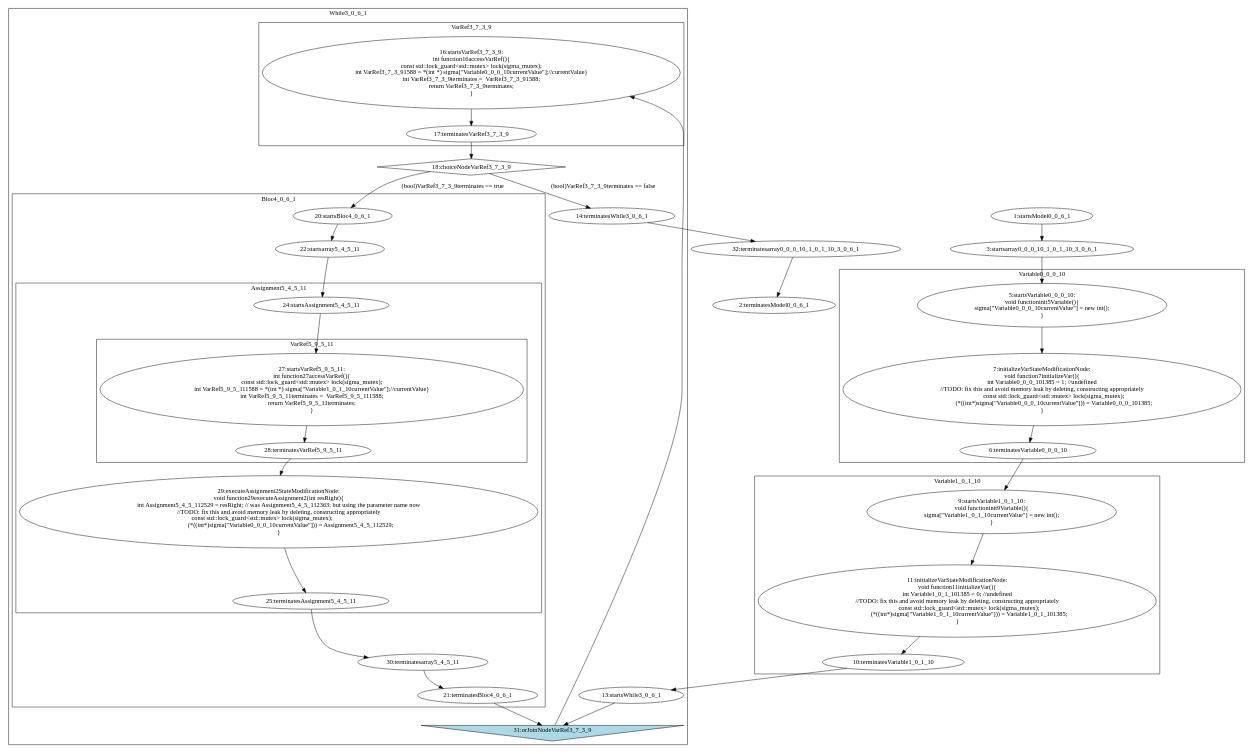
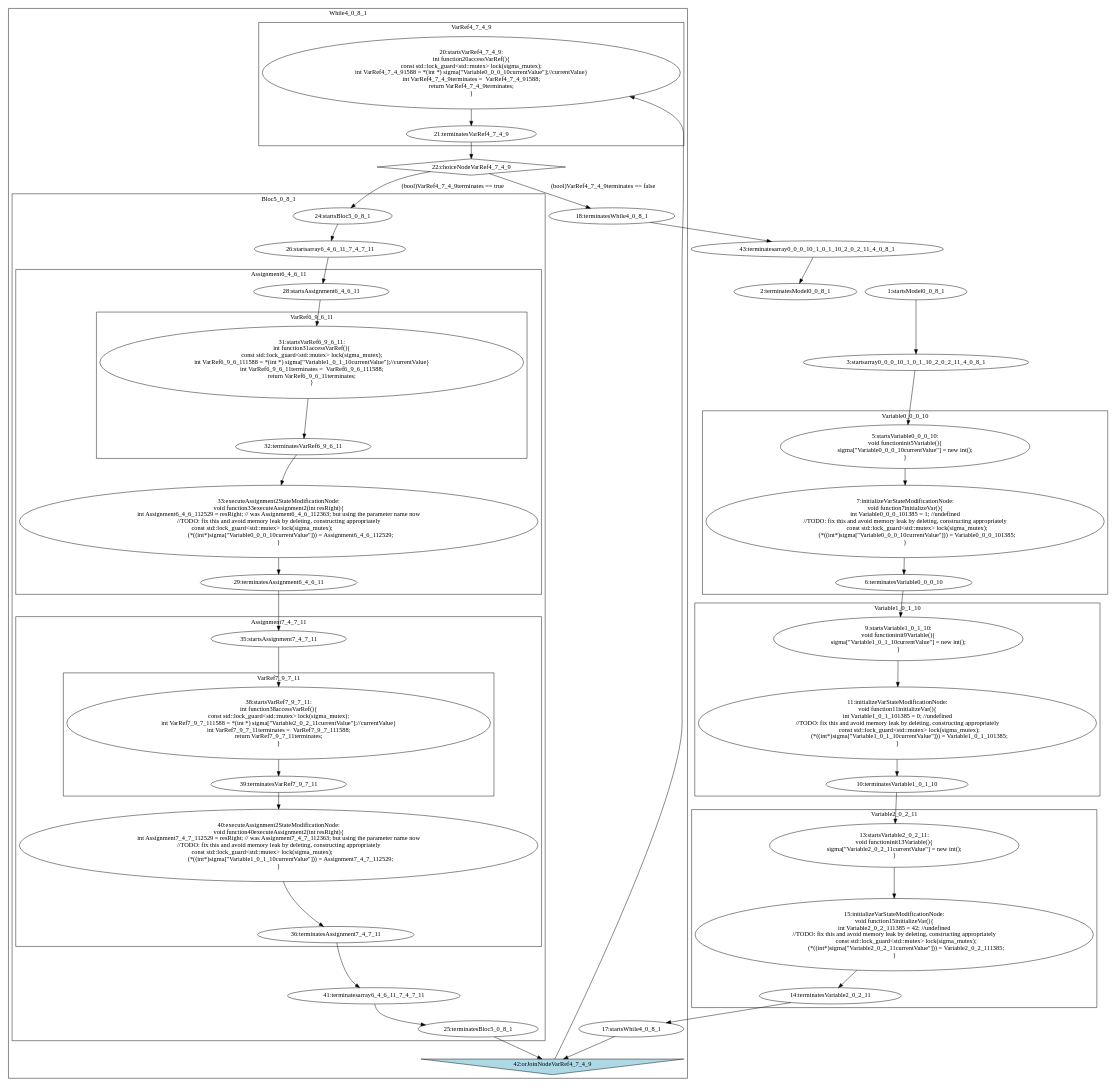
The diagram in temp/generated/testWhile.dot (jdeantoni/TCOS.lang), drawn with Graphviz before and after one commit. The commit also changed 10 other files, not shown here.

```diff
--- a/temp/generated/testWhile.dot
+++ b/temp/generated/testWhile.dot
@@ -1,109 +1,155 @@
 digraph G {
 subgraph cluster_4 {
 label = "Variable0_0_0_10";
   "5" [label="5:startsVariable0_0_0_10:
 void functioninit5Variable(){
 sigma[\"Variable0_0_0_10currentValue\"] = new int();
 }" shape="ellipse" ];
   "6" [label="6:terminatesVariable0_0_0_10" shape="ellipse" ];
   "7" [label="7:initializeVarStateModificationNode:
 void function7initializeVar(){
 int Variable0_0_0_101385 = 1; //undefined
 //TODO: fix this and avoid memory leak by deleting, constructing appropriately
                 const std::lock_guard<std::mutex> lock(sigma_mutex);
                 (*((int*)sigma[\"Variable0_0_0_10currentValue\"])) = Variable0_0_0_101385;
 }" shape="ellipse" ];
 }
 subgraph cluster_8 {
 label = "Variable1_0_1_10";
   "9" [label="9:startsVariable1_0_1_10:
 void functioninit9Variable(){
 sigma[\"Variable1_0_1_10currentValue\"] = new int();
 }" shape="ellipse" ];
   "10" [label="10:terminatesVariable1_0_1_10" shape="ellipse" ];
   "11" [label="11:initializeVarStateModificationNode:
 void function11initializeVar(){
 int Variable1_0_1_101385 = 0; //undefined
 //TODO: fix this and avoid memory leak by deleting, constructing appropriately
                 const std::lock_guard<std::mutex> lock(sigma_mutex);
                 (*((int*)sigma[\"Variable1_0_1_10currentValue\"])) = Variable1_0_1_101385;
 }" shape="ellipse" ];
 }
 subgraph cluster_12 {
-label = "While3_0_6_1";
-  "13" [label="13:startsWhile3_0_6_1" shape="ellipse" ];
-  "14" [label="14:terminatesWhile3_0_6_1" shape="ellipse" ];
-  "18" [label="18:choiceNodeVarRef3_7_3_9" shape="diamond" ];
-  "31" [label="31:orJoinNodeVarRef3_7_3_9" shape="invtriangle" style="filled" fillcolor="lightblue"];
-subgraph cluster_15 {
-label = "VarRef3_7_3_9";
-  "16" [label="16:startsVarRef3_7_3_9:
-int function16accessVarRef(){
+label = "Variable2_0_2_11";
+  "13" [label="13:startsVariable2_0_2_11:
+void functioninit13Variable(){
+sigma[\"Variable2_0_2_11currentValue\"] = new int();
+}" shape="ellipse" ];
+  "14" [label="14:terminatesVariable2_0_2_11" shape="ellipse" ];
+  "15" [label="15:initializeVarStateModificationNode:
+void function15initializeVar(){
+int Variable2_0_2_111385 = 42; //undefined
+//TODO: fix this and avoid memory leak by deleting, constructing appropriately
+                const std::lock_guard<std::mutex> lock(sigma_mutex);
+                (*((int*)sigma[\"Variable2_0_2_11currentValue\"])) = Variable2_0_2_111385;
+}" shape="ellipse" ];
+}
+subgraph cluster_16 {
+label = "While4_0_8_1";
+  "17" [label="17:startsWhile4_0_8_1" shape="ellipse" ];
+  "18" [label="18:terminatesWhile4_0_8_1" shape="ellipse" ];
+  "22" [label="22:choiceNodeVarRef4_7_4_9" shape="diamond" ];
+  "42" [label="42:orJoinNodeVarRef4_7_4_9" shape="invtriangle" style="filled" fillcolor="lightblue"];
+subgraph cluster_19 {
+label = "VarRef4_7_4_9";
+  "20" [label="20:startsVarRef4_7_4_9:
+int function20accessVarRef(){
 const std::lock_guard<std::mutex> lock(sigma_mutex);
-int VarRef3_7_3_91588 = *(int *) sigma[\"Variable0_0_0_10currentValue\"];//currentValue}
-int VarRef3_7_3_9terminates =  VarRef3_7_3_91588;
-return VarRef3_7_3_9terminates;
+int VarRef4_7_4_91588 = *(int *) sigma[\"Variable0_0_0_10currentValue\"];//currentValue}
+int VarRef4_7_4_9terminates =  VarRef4_7_4_91588;
+return VarRef4_7_4_9terminates;
 }" shape="ellipse" ];
-  "17" [label="17:terminatesVarRef3_7_3_9" shape="ellipse" ];
+  "21" [label="21:terminatesVarRef4_7_4_9" shape="ellipse" ];
 }
-subgraph cluster_19 {
-label = "Bloc4_0_6_1";
-  "20" [label="20:startsBloc4_0_6_1" shape="ellipse" ];
-  "21" [label="21:terminatesBloc4_0_6_1" shape="ellipse" ];
-  "22" [label="22:startsarray5_4_5_11" shape="ellipse" ];
-  "30" [label="30:terminatesarray5_4_5_11" shape="ellipse" ];
 subgraph cluster_23 {
-label = "Assignment5_4_5_11";
-  "24" [label="24:startsAssignment5_4_5_11" shape="ellipse" ];
-  "25" [label="25:terminatesAssignment5_4_5_11" shape="ellipse" ];
-  "29" [label="29:executeAssignment2StateModificationNode:
-void function29executeAssignment2(int resRight){
-int Assignment5_4_5_112529 = resRight; // was Assignment5_4_5_112363; but using the parameter name now
+label = "Bloc5_0_8_1";
+  "24" [label="24:startsBloc5_0_8_1" shape="ellipse" ];
+  "25" [label="25:terminatesBloc5_0_8_1" shape="ellipse" ];
+  "26" [label="26:startsarray6_4_6_11_7_4_7_11" shape="ellipse" ];
+  "41" [label="41:terminatesarray6_4_6_11_7_4_7_11" shape="ellipse" ];
+subgraph cluster_27 {
+label = "Assignment6_4_6_11";
+  "28" [label="28:startsAssignment6_4_6_11" shape="ellipse" ];
+  "29" [label="29:terminatesAssignment6_4_6_11" shape="ellipse" ];
+  "33" [label="33:executeAssignment2StateModificationNode:
+void function33executeAssignment2(int resRight){
+int Assignment6_4_6_112529 = resRight; // was Assignment6_4_6_112363; but using the parameter name now
 //TODO: fix this and avoid memory leak by deleting, constructing appropriately
                 const std::lock_guard<std::mutex> lock(sigma_mutex);                                    
-                (*((int*)sigma[\"Variable0_0_0_10currentValue\"])) = Assignment5_4_5_112529;
+                (*((int*)sigma[\"Variable0_0_0_10currentValue\"])) = Assignment6_4_6_112529;
 }" shape="ellipse" ];
-subgraph cluster_26 {
-label = "VarRef5_9_5_11";
-  "27" [label="27:startsVarRef5_9_5_11:
-int function27accessVarRef(){
+subgraph cluster_30 {
+label = "VarRef6_9_6_11";
+  "31" [label="31:startsVarRef6_9_6_11:
+int function31accessVarRef(){
 const std::lock_guard<std::mutex> lock(sigma_mutex);
-int VarRef5_9_5_111588 = *(int *) sigma[\"Variable1_0_1_10currentValue\"];//currentValue}
-int VarRef5_9_5_11terminates =  VarRef5_9_5_111588;
-return VarRef5_9_5_11terminates;
+int VarRef6_9_6_111588 = *(int *) sigma[\"Variable1_0_1_10currentValue\"];//currentValue}
+int VarRef6_9_6_11terminates =  VarRef6_9_6_111588;
+return VarRef6_9_6_11terminates;
 }" shape="ellipse" ];
-  "28" [label="28:terminatesVarRef5_9_5_11" shape="ellipse" ];
+  "32" [label="32:terminatesVarRef6_9_6_11" shape="ellipse" ];
+}
+}
+subgraph cluster_34 {
+label = "Assignment7_4_7_11";
+  "35" [label="35:startsAssignment7_4_7_11" shape="ellipse" ];
+  "36" [label="36:terminatesAssignment7_4_7_11" shape="ellipse" ];
+  "40" [label="40:executeAssignment2StateModificationNode:
+void function40executeAssignment2(int resRight){
+int Assignment7_4_7_112529 = resRight; // was Assignment7_4_7_112363; but using the parameter name now
+//TODO: fix this and avoid memory leak by deleting, constructing appropriately
+                const std::lock_guard<std::mutex> lock(sigma_mutex);                                    
+                (*((int*)sigma[\"Variable1_0_1_10currentValue\"])) = Assignment7_4_7_112529;
+}" shape="ellipse" ];
+subgraph cluster_37 {
+label = "VarRef7_9_7_11";
+  "38" [label="38:startsVarRef7_9_7_11:
+int function38accessVarRef(){
+const std::lock_guard<std::mutex> lock(sigma_mutex);
+int VarRef7_9_7_111588 = *(int *) sigma[\"Variable2_0_2_11currentValue\"];//currentValue}
+int VarRef7_9_7_11terminates =  VarRef7_9_7_111588;
+return VarRef7_9_7_11terminates;
+}" shape="ellipse" ];
+  "39" [label="39:terminatesVarRef7_9_7_11" shape="ellipse" ];
 }
 }
 }
 }
-  "1" [label="1:startsModel0_0_6_1" shape="ellipse" ];
-  "2" [label="2:terminatesModel0_0_6_1" shape="ellipse" ];
-  "3" [label="3:startsarray0_0_0_10_1_0_1_10_3_0_6_1" shape="ellipse" ];
-  "32" [label="32:terminatesarray0_0_0_10_1_0_1_10_3_0_6_1" shape="ellipse" ];
+  "1" [label="1:startsModel0_0_8_1" shape="ellipse" ];
+  "2" [label="2:terminatesModel0_0_8_1" shape="ellipse" ];
+  "3" [label="3:startsarray0_0_0_10_1_0_1_10_2_0_2_11_4_0_8_1" shape="ellipse" ];
+  "43" [label="43:terminatesarray0_0_0_10_1_0_1_10_2_0_2_11_4_0_8_1" shape="ellipse" ];
   "5" -> "7" [label=""];
   "7" -> "6" [label=""];
   "9" -> "11" [label=""];
   "11" -> "10" [label=""];
-  "16" -> "17" [label=""];
-  "27" -> "28" [label=""];
-  "24" -> "27" [label=""];
-  "28" -> "29" [label=""];
-  "29" -> "25" [label=""];
-  "20" -> "22" [label=""];
-  "22" -> "24" [label=""];
-  "25" -> "30" [label=""];
-  "30" -> "21" [label=""];
-  "13" -> "31" [label=""];
-  "17" -> "18" [label=""];
-  "18" -> "20" [label="(bool)VarRef3_7_3_9terminates == true"];
-  "21" -> "31" [label=""];
-  "31" -> "16" [label=""];
-  "18" -> "14" [label="(bool)VarRef3_7_3_9terminates == false"];
+  "13" -> "15" [label=""];
+  "15" -> "14" [label=""];
+  "20" -> "21" [label=""];
+  "31" -> "32" [label=""];
+  "28" -> "31" [label=""];
+  "32" -> "33" [label=""];
+  "33" -> "29" [label=""];
+  "38" -> "39" [label=""];
+  "35" -> "38" [label=""];
+  "39" -> "40" [label=""];
+  "40" -> "36" [label=""];
+  "24" -> "26" [label=""];
+  "26" -> "28" [label=""];
+  "29" -> "35" [label=""];
+  "36" -> "41" [label=""];
+  "41" -> "25" [label=""];
+  "17" -> "42" [label=""];
+  "21" -> "22" [label=""];
+  "22" -> "24" [label="(bool)VarRef4_7_4_9terminates == true"];
+  "25" -> "42" [label=""];
+  "42" -> "20" [label=""];
+  "22" -> "18" [label="(bool)VarRef4_7_4_9terminates == false"];
   "1" -> "3" [label=""];
   "3" -> "5" [label=""];
   "6" -> "9" [label=""];
   "10" -> "13" [label=""];
-  "14" -> "32" [label=""];
-  "32" -> "2" [label=""];
+  "14" -> "17" [label=""];
+  "18" -> "43" [label=""];
+  "43" -> "2" [label=""];
 }
```
